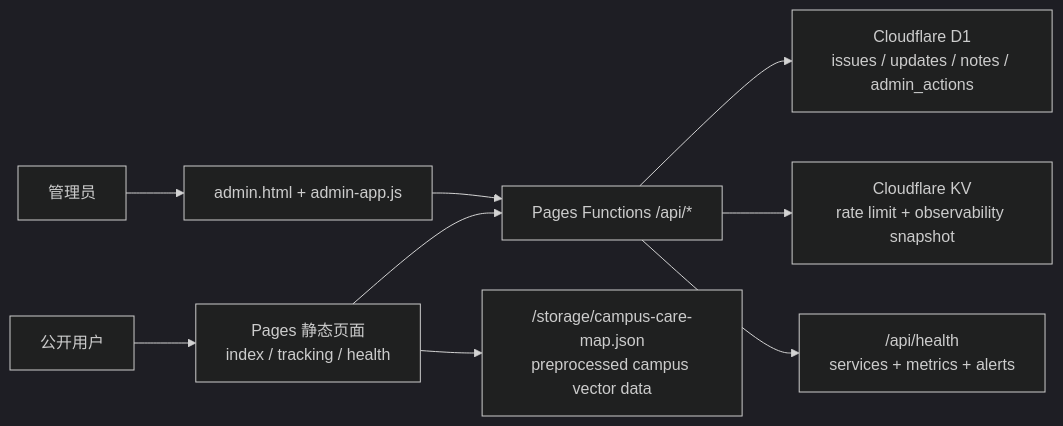
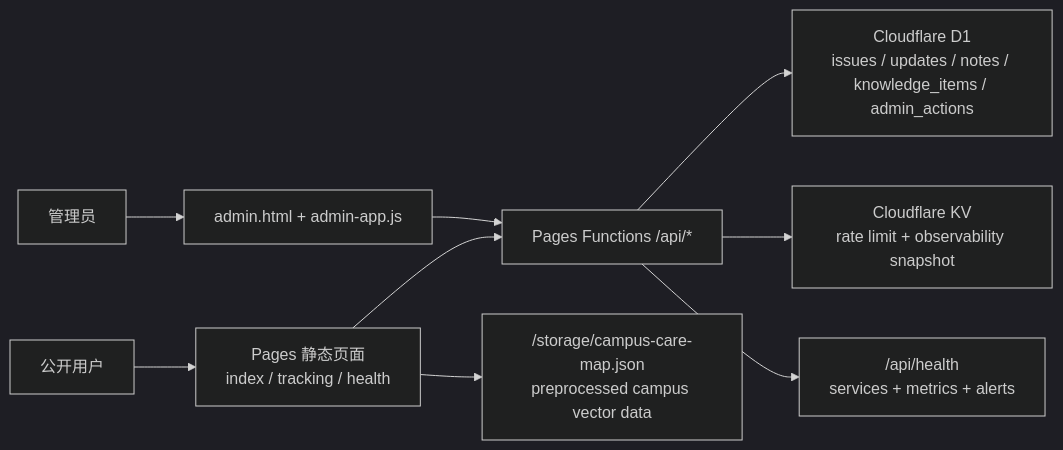
One commit to Calvin-Xia/web_message changed the diagram in README.md. Above: the diagram before and after it, drawn with Mermaid (dark theme). The commit also changed other lines of this file and 18 other files, not shown here.

````diff
--- a/README.md
+++ b/README.md
@@ -25,11 +27,11 @@
 ```mermaid
 flowchart LR
     User["公开用户"] --> Static["Pages 静态页面\nindex / tracking / health"]
     Admin["管理员"] --> AdminUI["admin.html + admin-app.js"]
     Static --> API["Pages Functions /api/*"]
     Static --> MapAsset["/storage/campus-care-map.json\npreprocessed campus vector data"]
     AdminUI --> API
-    API --> D1["Cloudflare D1\nissues / updates / notes / admin_actions"]
+    API --> D1["Cloudflare D1\nissues / updates / notes / knowledge_items / admin_actions"]
     API --> KV["Cloudflare KV\nrate limit + observability snapshot"]
     API --> Health["/api/health\nservices + metrics + alerts"]
 ```
````
